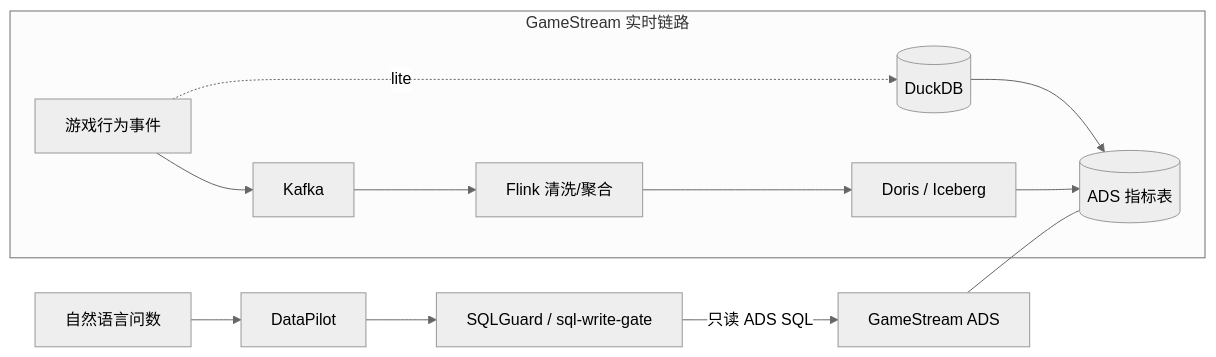
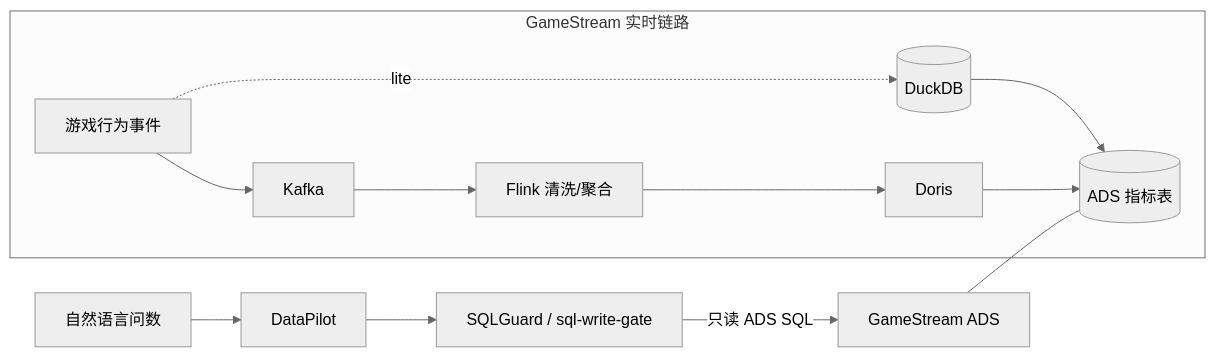
One commit to tangyf07/GameStream changed the diagram in README.md. Above: the diagram before and after it, drawn with Mermaid (neutral theme). The commit also changed other lines of this file and 11 other files, not shown here.

````diff
--- a/README.md
+++ b/README.md
@@ -9,15 +9,15 @@
 ```mermaid
 flowchart LR
   NL[自然语言问数] --> DP[DataPilot]
   DP --> SG[SQLGuard / sql-write-gate]
   SG -->|只读 ADS SQL| GS[GameStream ADS]
   subgraph GS_pipe [GameStream 实时链路]
     E[游戏行为事件] --> K[Kafka]
     K --> F[Flink 清洗/聚合]
-    F --> OLAP[Doris / Iceberg]
+    F --> OLAP[Doris]
     E -. lite .-> DB[(DuckDB)]
     DB --> ADS[(ADS 指标表)]
     OLAP --> ADS
   end
   GS --- ADS
 ```
````
